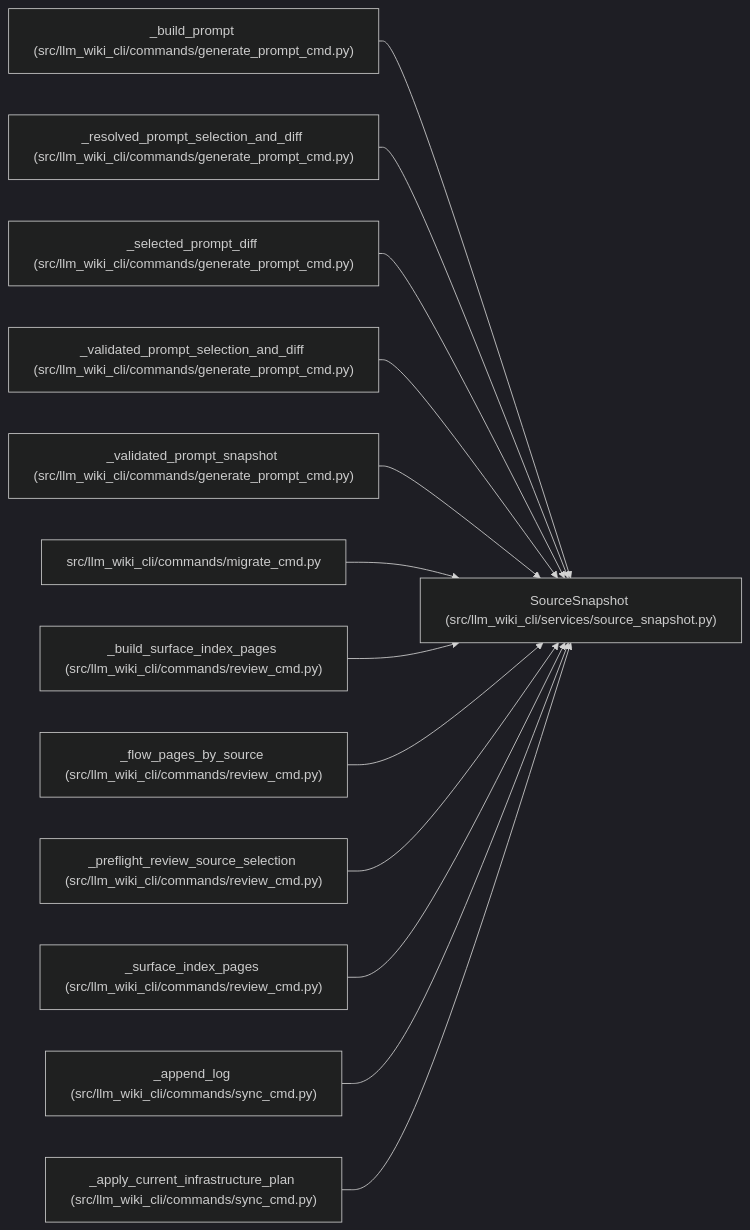
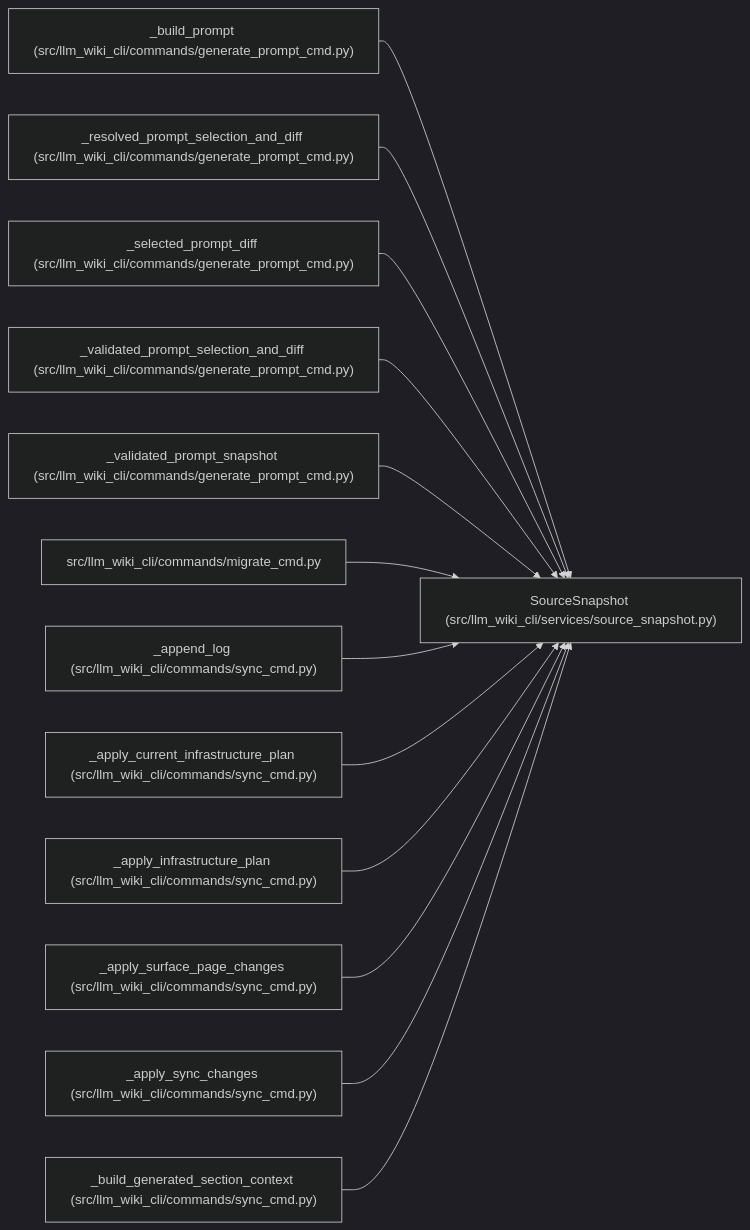
One commit to Denissvgn/python-wiki-llm changed the diagram in docs/llm_wiki/entities/SourceSnapshot.md. Above: the diagram before and after it, drawn with Mermaid (dark theme). The commit also changed other lines of this file and 152 other files, not shown here.

````diff
--- a/docs/llm_wiki/entities/SourceSnapshot.md
+++ b/docs/llm_wiki/entities/SourceSnapshot.md
@@ -57,41 +57,41 @@
 ```mermaid
 flowchart LR
     n0["SourceSnapshot (src/llm_wiki_cli/services/source_snapshot.py)"]
     n1["_build_prompt (src/llm_wiki_cli/commands/generate_prompt_cmd.py)"]
     n2["_resolved_prompt_selection_and_diff (src/llm_wiki_cli/commands/generate_prompt_cmd.py)"]
     n3["_selected_prompt_diff (src/llm_wiki_cli/commands/generate_prompt_cmd.py)"]
     n4["_validated_prompt_selection_and_diff (src/llm_wiki_cli/commands/generate_prompt_cmd.py)"]
     n5["_validated_prompt_snapshot (src/llm_wiki_cli/commands/generate_prompt_cmd.py)"]
     n6["src/llm_wiki_cli/commands/migrate_cmd.py"]
-    n7["_build_surface_index_pages (src/llm_wiki_cli/commands/review_cmd.py)"]
-    n8["_flow_pages_by_source (src/llm_wiki_cli/commands/review_cmd.py)"]
-    n9["_preflight_review_source_selection (src/llm_wiki_cli/commands/review_cmd.py)"]
-    n10["_surface_index_pages (src/llm_wiki_cli/commands/review_cmd.py)"]
-    n11["_append_log (src/llm_wiki_cli/commands/sync_cmd.py)"]
-    n12["_apply_current_infrastructure_plan (src/llm_wiki_cli/commands/sync_cmd.py)"]
+    n7["_append_log (src/llm_wiki_cli/commands/sync_cmd.py)"]
+    n8["_apply_current_infrastructure_plan (src/llm_wiki_cli/commands/sync_cmd.py)"]
+    n9["_apply_infrastructure_plan (src/llm_wiki_cli/commands/sync_cmd.py)"]
+    n10["_apply_surface_page_changes (src/llm_wiki_cli/commands/sync_cmd.py)"]
+    n11["_apply_sync_changes (src/llm_wiki_cli/commands/sync_cmd.py)"]
+    n12["_build_generated_section_context (src/llm_wiki_cli/commands/sync_cmd.py)"]
     n1 --> n0
     n2 --> n0
     n3 --> n0
     n4 --> n0
     n5 --> n0
     n6 --> n0
     n7 --> n0
     n8 --> n0
     n9 --> n0
     n10 --> n0
     n11 --> n0
     n12 --> n0
     click n0 "../modules/source_snapshot.md"
     click n1 "../modules/generate_prompt_cmd.md"
     click n2 "../modules/generate_prompt_cmd.md"
     click n3 "../modules/generate_prompt_cmd.md"
     click n4 "../modules/generate_prompt_cmd.md"
     click n5 "../modules/generate_prompt_cmd.md"
     click n6 "../modules/migrate_cmd.md"
-    click n7 "../modules/review_cmd.md"
-    click n8 "../modules/review_cmd.md"
-    click n9 "../modules/review_cmd.md"
-    click n10 "../modules/review_cmd.md"
+    click n7 "../modules/sync_cmd.md"
+    click n8 "../modules/sync_cmd.md"
+    click n9 "../modules/sync_cmd.md"
+    click n10 "../modules/sync_cmd.md"
     click n11 "../modules/sync_cmd.md"
     click n12 "../modules/sync_cmd.md"
 ```
````
